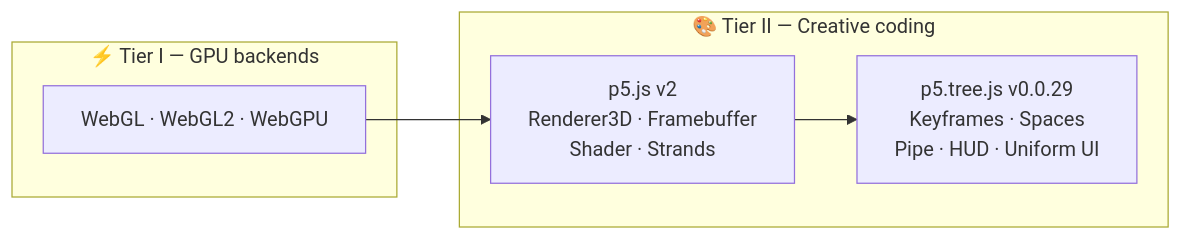
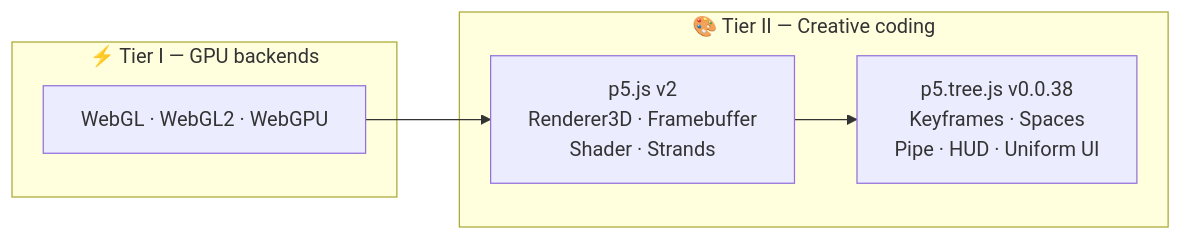
Before and after one commit to ABJ-d/tree: the fourth of 8 diagrams in slides.md, drawn with Mermaid. The commit also changed other lines of this file and 221 other files, not shown here.

````diff
--- a/slides.md
+++ b/slides.md
@@ -121,17 +121,17 @@
 ```mermaid
 flowchart LR
   subgraph T1["⚡ Tier I — GPU backends"]
     A["WebGL · WebGL2 · WebGPU"]
   end
 
   subgraph T2["🎨 Tier II — Creative coding"]
     B["p5.js v2
     Renderer3D · Framebuffer
     Shader · Strands"]
-    C["p5.tree.js v0.0.29
+    C["p5.tree.js v0.0.38
     Keyframes · Spaces
     Pipe · HUD · Uniform UI"]
   end
 
   A --> B --> C
 ```
````
